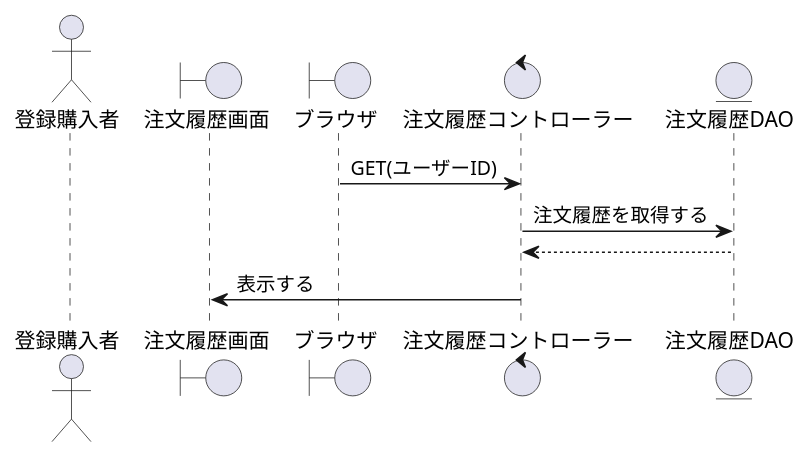
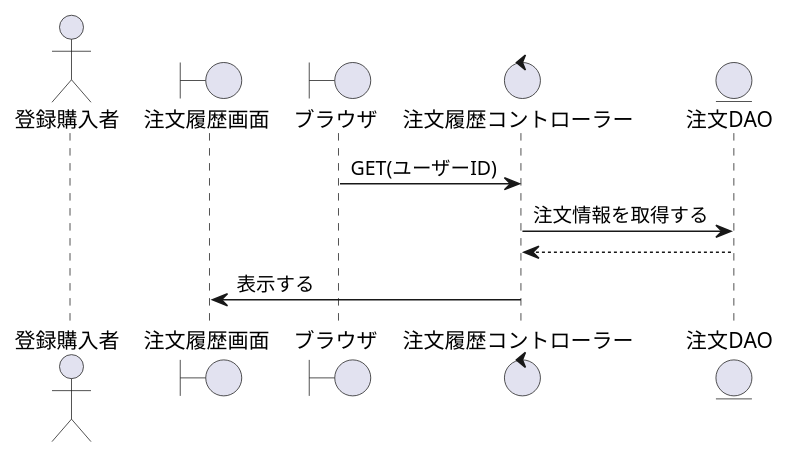
One commit to SK-B-S/PJ changed the diagram in PJ_シーケンス/購入者/注文履歴表示.wsd. Above: the diagram before and after it, drawn with PlantUML. The commit also changed 2 other files, not shown here.

```diff
--- a/PJ_シーケンス/購入者/注文履歴表示.wsd
+++ b/PJ_シーケンス/購入者/注文履歴表示.wsd
@@ -1,16 +1,16 @@
 @startuml 注文履歴表を表示
 
 actor    "登録購入者" as act
 boundary "注文履歴画面" as order_history
 boundary "ブラウザ" as brz
 control  "注文履歴コントローラー" as order_history_c
-entity   "注文履歴DAO" as order_history_dao
+entity   "注文DAO" as order_history_dao
 
 '-------------------------------------------------------------------------------------------
 
 brz -> order_history_c : GET(ユーザーID)
-order_history_c -> order_history_dao : 注文履歴を取得する
+order_history_c -> order_history_dao : 注文情報を取得する
 order_history_c <-- order_history_dao
 order_history <- order_history_c : 表示する
 
 @enduml
```
